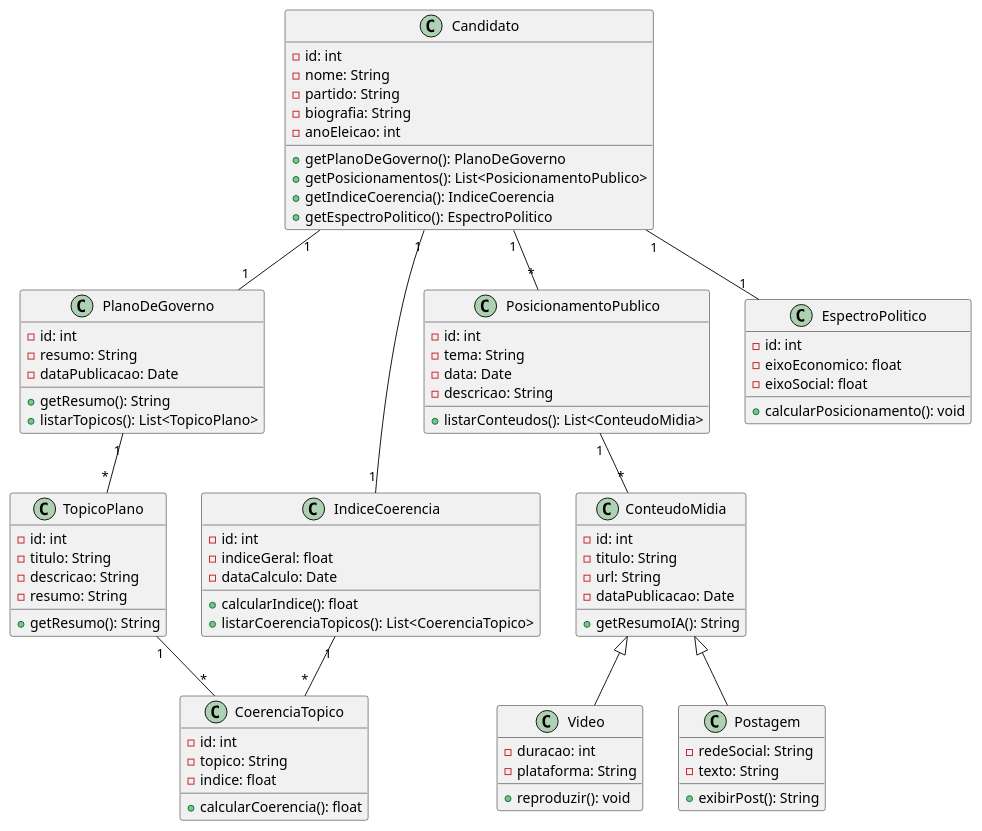
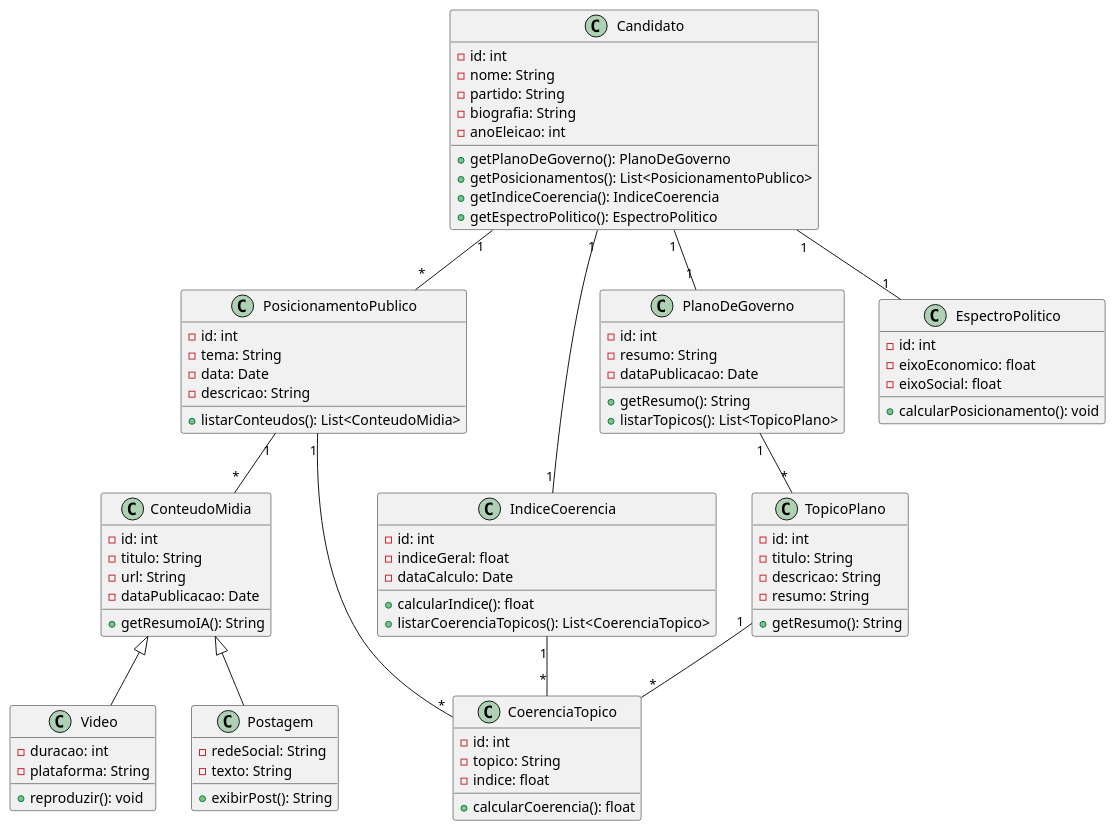
Before and after one commit to gabrielfaravola/ProjetoEngenharia: the diagram in Documentação /03 - Domínio/Diagrama_de_Classes_de_implementação.md, drawn with PlantUML.

Commit message:
Modify class diagram implementation documentation
Updated image format and added diagram coding section.

````diff
--- a/Documentação /03 - Domínio/Diagrama_de_Classes_de_implementação.md
+++ b/Documentação /03 - Domínio/Diagrama_de_Classes_de_implementação.md
@@ -99,4 +99,8 @@
 IndiceCoerencia "1" -- "*" CoerenciaTopico
 
 TopicoPlano "1" -- "*" CoerenciaTopico
+
+PosicionamentoPublico "1" --- "*" CoerenciaTopico
+
+@enduml
 ```
````
